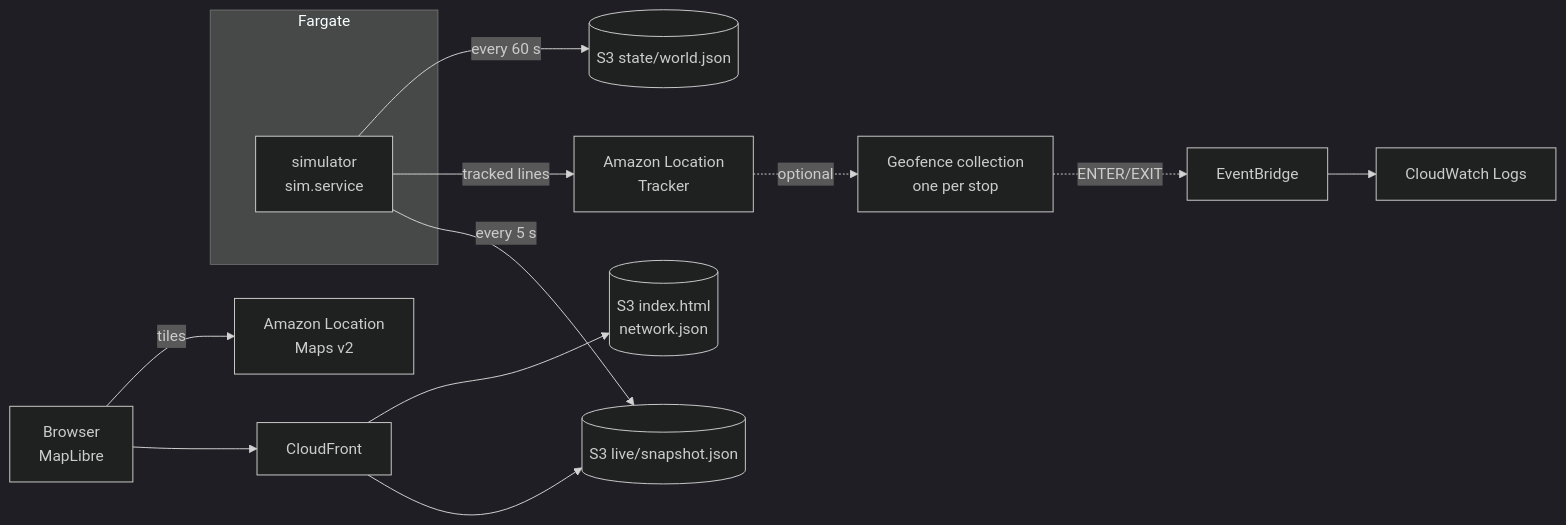
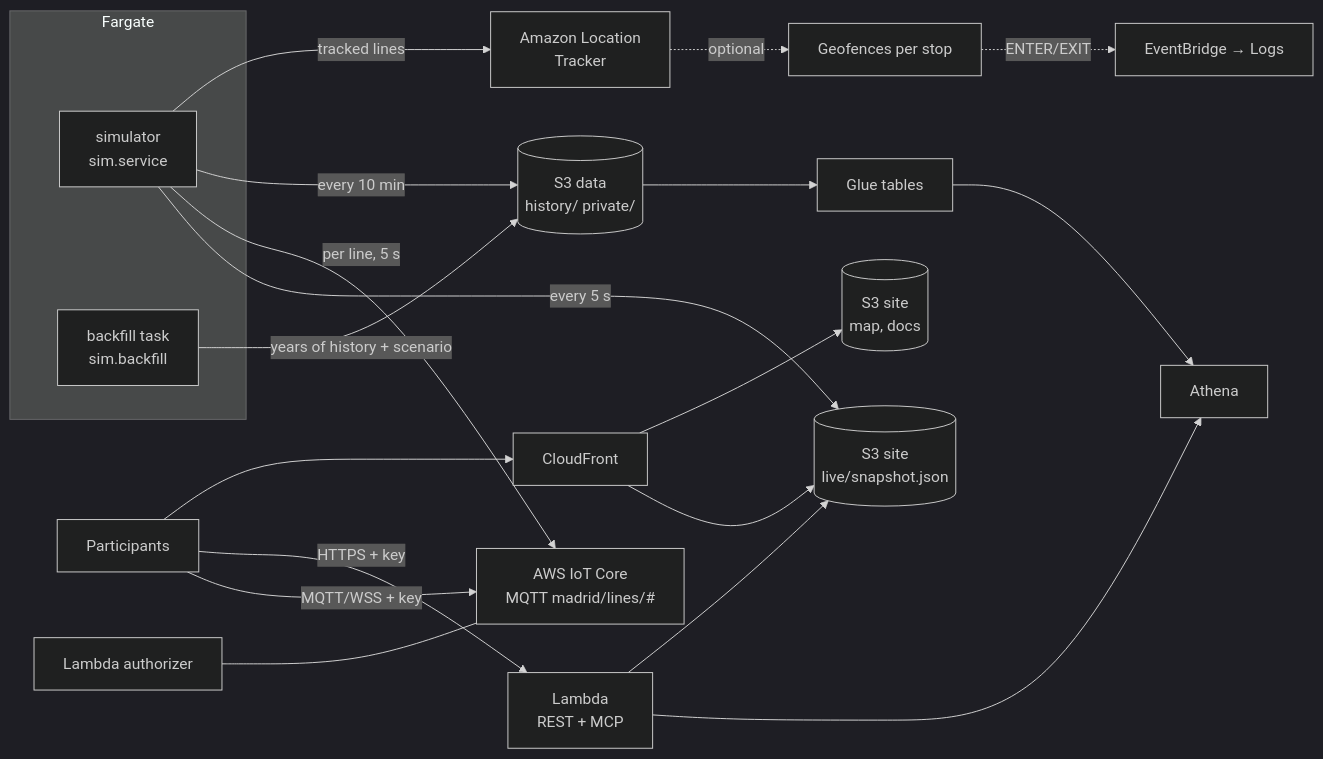
Before and after one commit to Data-Viz-Labs/dataviz-bus-realtime: the diagram in README.md, drawn with Mermaid (dark theme). The commit also changed other lines of this file and 2 other files, not shown here.

First line of the commit message:
docs: document every surface, the event runbook and a participants' guide

````diff
--- a/README.md
+++ b/README.md
@@ -82,15 +50,22 @@
 ```mermaid
 flowchart LR
   subgraph Fargate
     S[simulator<br/>sim.service]
+    BF[backfill task<br/>sim.backfill]
   end
-  S -- every 5 s --> L[(S3 live/snapshot.json)]
+  BF -- years of history + scenario --> D[(S3 data<br/>history/ private/)]
+  S -- every 5 s --> L[(S3 site<br/>live/snapshot.json)]
+  S -- per line, 5 s --> IOT[AWS IoT Core<br/>MQTT madrid/lines/#]
+  S -- every 10 min --> D
   S -- tracked lines --> T[Amazon Location<br/>Tracker]
-  T -. optional .-> G[Geofence collection<br/>one per stop]
-  G -. ENTER/EXIT .-> E[EventBridge] --> CW[CloudWatch Logs]
-  S -- every 60 s --> ST[(S3 state/world.json)]
+  T -. optional .-> G[Geofences per stop] -. ENTER/EXIT .-> EB[EventBridge → Logs]
+  D --> GL[Glue tables] --> ATH[Athena]
+  API[Lambda<br/>REST + MCP] --> ATH
+  API --> L
   CF[CloudFront] --> L
-  CF --> W[(S3 index.html<br/>network.json)]
-  B[Browser<br/>MapLibre] --> CF
-  B -- tiles --> M[Amazon Location<br/>Maps v2]
+  CF --> W[(S3 site<br/>map, docs)]
+  P[Participants] -- MQTT/WSS + key --> IOT
+  P -- HTTPS + key --> API
+  P --> CF
+  AUTH[Lambda authorizer] --- IOT
 ```
````
